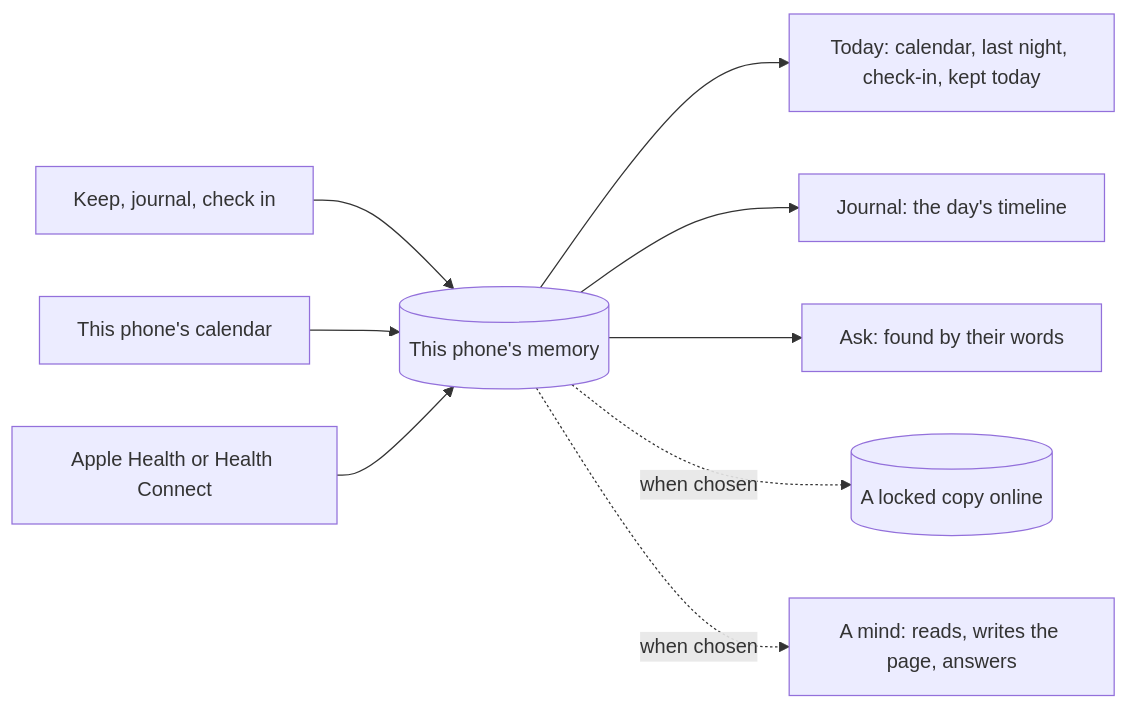
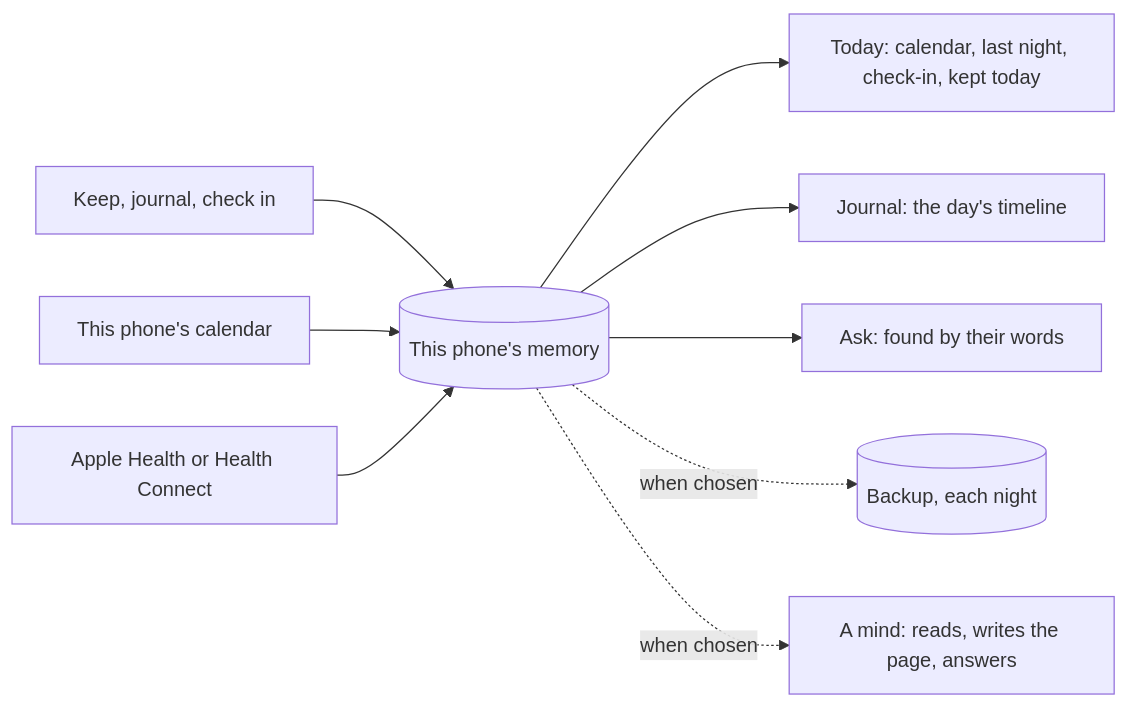
Before and after one commit to agync/nocturne: the first of 3 diagrams in docs/design/phone-first.md, drawn with Mermaid. The commit also changed other lines of this file and 17 other files, not shown here.

Commit message:
docs: back up a phone each night

````diff
--- a/docs/design/phone-first.md
+++ b/docs/design/phone-first.md
@@ -34,11 +34,11 @@
 ```mermaid
 flowchart LR
     K[Keep, journal, check in] --> S[(This phone's memory)]
     C[This phone's calendar] --> S
     H[Apple Health or Health Connect] --> S
     S --> T[Today: calendar, last night, check-in, kept today]
     S --> J[Journal: the day's timeline]
     S --> F[Ask: found by their words]
-    S -. when chosen .-> L[(A locked copy online)]
+    S -. when chosen .-> L[(Backup, each night)]
     S -. when chosen .-> M[A mind: reads, writes the page, answers]
 ```
````
